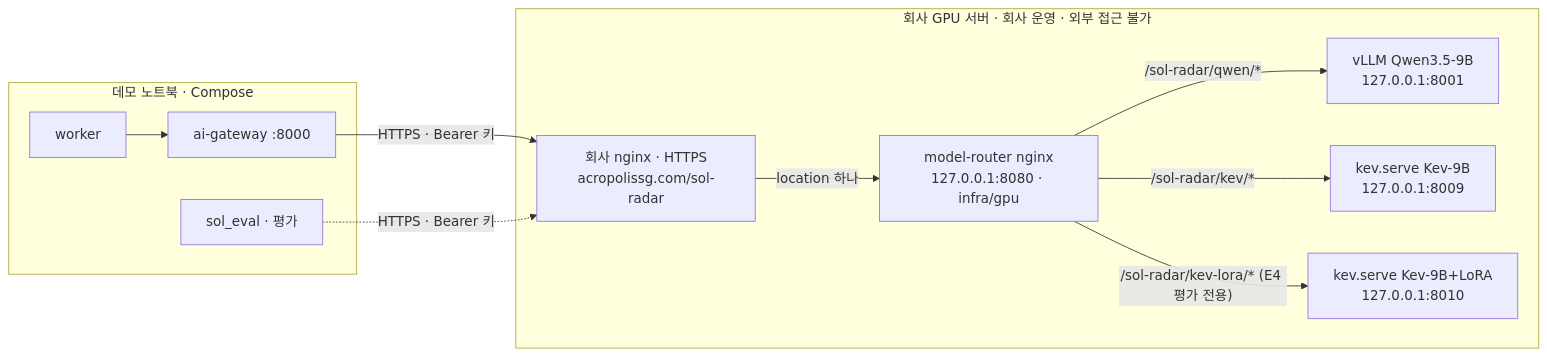
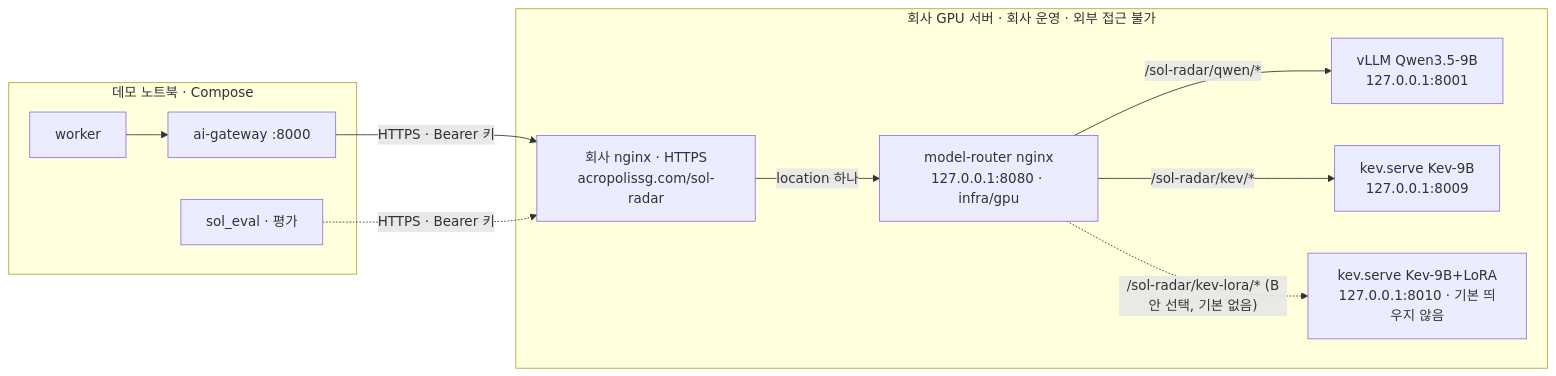
The diagram in docs/10-DEPLOYMENT.md (solideoai/sol-radar), drawn with Mermaid before and after one commit. The commit also changed other lines of this file and 7 other files, not shown here.

````diff
--- a/docs/10-DEPLOYMENT.md
+++ b/docs/10-DEPLOYMENT.md
@@ -115,16 +115,16 @@
 ```mermaid
 flowchart LR
  subgraph LAPTOP[데모 노트북 · Compose]
   W[worker] --> G[ai-gateway :8000]
   E[sol_eval · 평가]
  end
  subgraph GPU[회사 GPU 서버 · 회사 운영 · 외부 접근 불가]
   EP["회사 nginx · HTTPS<br/>acropolissg.com/sol-radar"]
   EP -- "location 하나" --> RT["model-router nginx<br/>127.0.0.1:8080 · infra/gpu"]
   RT -- "/sol-radar/qwen/*" --> Q["vLLM Qwen3.5-9B<br/>127.0.0.1:8001"]
   RT -- "/sol-radar/kev/*" --> K["kev.serve Kev-9B<br/>127.0.0.1:8009"]
-  RT -- "/sol-radar/kev-lora/* (E4 평가 전용)" --> KL["kev.serve Kev-9B+LoRA<br/>127.0.0.1:8010"]
+  RT -. "/sol-radar/kev-lora/* (B안 선택, 기본 없음)" .-> KL["kev.serve Kev-9B+LoRA<br/>127.0.0.1:8010 · 기본 띄우지 않음"]
  end
  G -- HTTPS · Bearer 키 --> EP
  E -. HTTPS · Bearer 키 .-> EP
 ```
````
